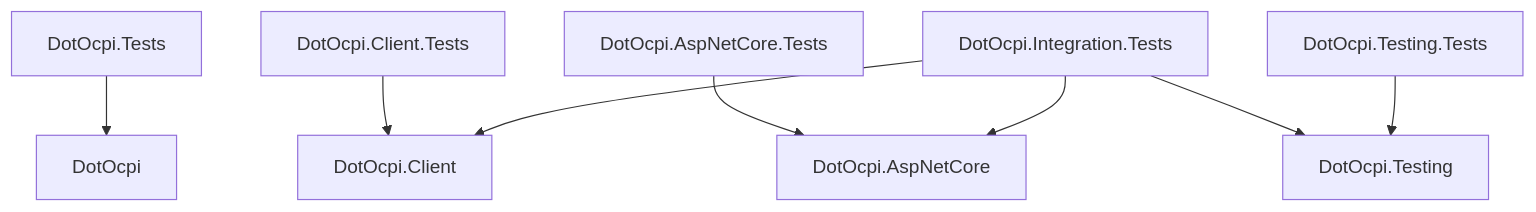
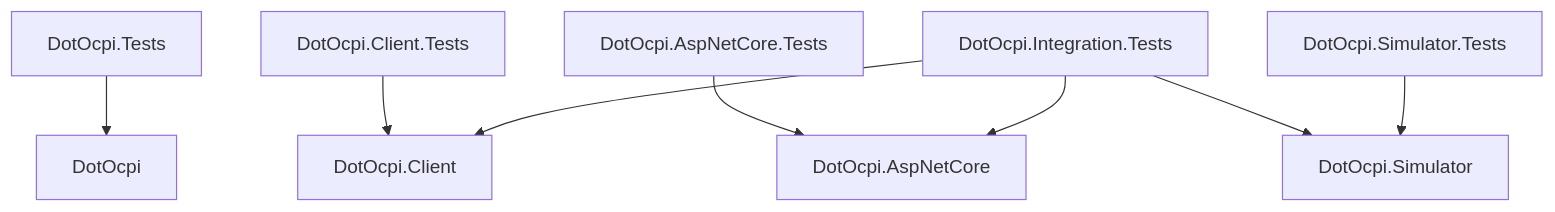
One commit to hannan-m/DotOcpi changed the first of 4 diagrams in docs/testing.md. Above: the diagram before and after it, drawn with Mermaid. The commit also changed other lines of this file and 5 other files, not shown here.

````diff
--- a/docs/testing.md
+++ b/docs/testing.md
@@ -167,8 +167,8 @@
 ```mermaid
 graph TD
     UT["DotOcpi.Tests"] --> Core["DotOcpi"]
     CT["DotOcpi.Client.Tests"] --> Client["DotOcpi.Client"]
     AT["DotOcpi.AspNetCore.Tests"] --> Server["DotOcpi.AspNetCore"]
-    IT["DotOcpi.Integration.Tests"] --> Server & Client & Testing["DotOcpi.Testing"]
-    TT["DotOcpi.Testing.Tests"] --> Testing
+    IT["DotOcpi.Integration.Tests"] --> Server & Client & Testing["DotOcpi.Simulator"]
+    TT["DotOcpi.Simulator.Tests"] --> Testing
 ```
````
